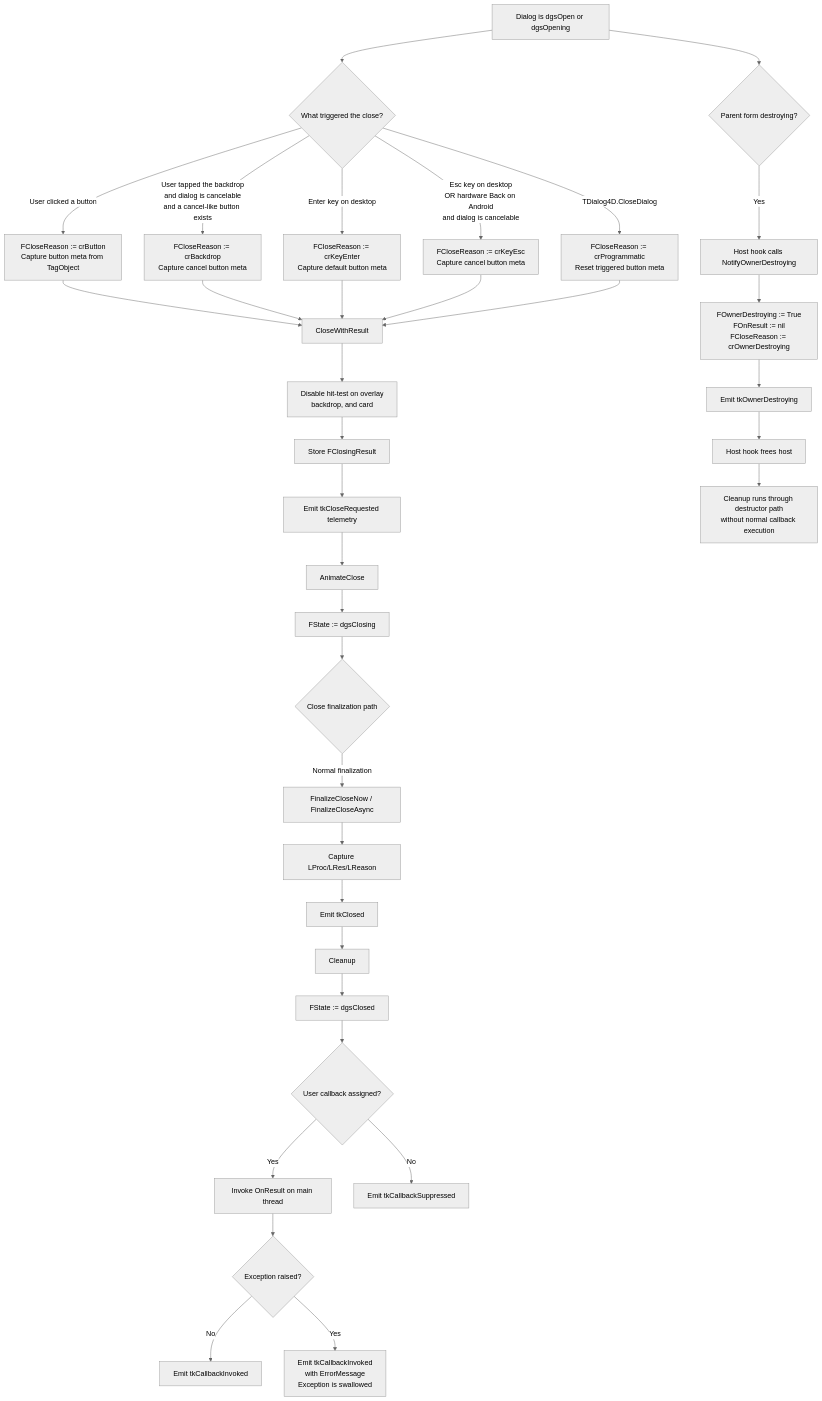
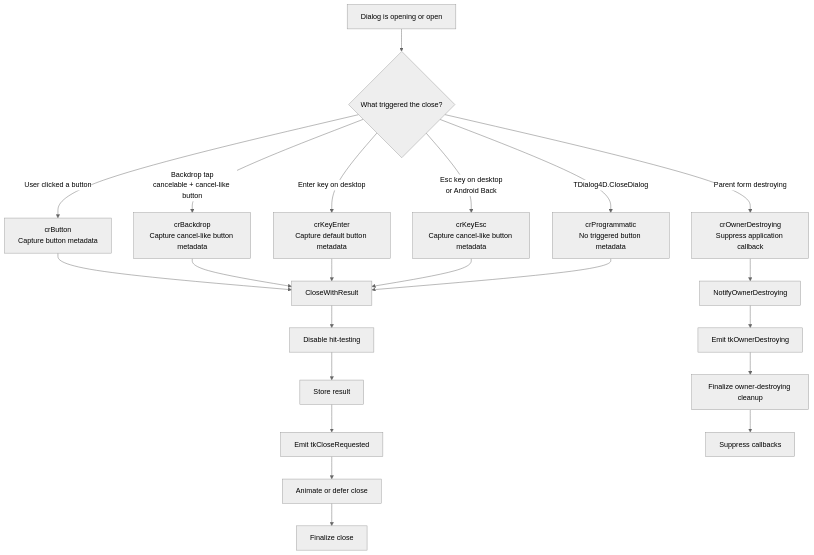
One commit to eduardoparaujo/Dialog4D changed the third of 7 diagrams in docs/Architecture.md. Above: the diagram before and after it, drawn with Mermaid (neutral theme). The commit also changed other lines of this file and 23 other files, not shown here.

````diff
--- a/docs/Architecture.md
+++ b/docs/Architecture.md
@@ -195,44 +338,28 @@
 ```mermaid
 flowchart TD
-    A[Dialog is dgsOpen or dgsOpening] --> B{What triggered the close?}
+    A[Dialog is opening or open] --> B{What triggered the close?}
 
-    B -->|User clicked a button| C[FCloseReason := crButton<br/>Capture button meta from TagObject]
-    B -->|User tapped the backdrop<br/>and dialog is cancelable<br/>and a cancel-like button exists| D[FCloseReason := crBackdrop<br/>Capture cancel button meta]
-    B -->|Enter key on desktop| E[FCloseReason := crKeyEnter<br/>Capture default button meta]
-    B -->|Esc key on desktop<br/>OR hardware Back on Android<br/>and dialog is cancelable| F[FCloseReason := crKeyEsc<br/>Capture cancel button meta]
-    B -->|TDialog4D.CloseDialog| G[FCloseReason := crProgrammatic<br/>Reset triggered button meta]
+    B -->|User clicked a button| C[crButton<br/>Capture button metadata]
+    B -->|Backdrop tap<br/>cancelable + cancel-like button| D[crBackdrop<br/>Capture cancel-like button metadata]
+    B -->|Enter key on desktop| E[crKeyEnter<br/>Capture default button metadata]
+    B -->|Esc key on desktop<br/>or Android Back| F[crKeyEsc<br/>Capture cancel-like button metadata]
+    B -->|TDialog4D.CloseDialog| G[crProgrammatic<br/>No triggered button metadata]
+    B -->|Parent form destroying| H[crOwnerDestroying<br/>Suppress application callback]
 
     C --> I[CloseWithResult]
     D --> I
     E --> I
     F --> I
     G --> I
 
-    I --> I1[Disable hit-test on overlay<br/>backdrop, and card]
-    I1 --> I2[Store FClosingResult]
-    I2 --> I3[Emit tkCloseRequested telemetry]
-    I3 --> I4[AnimateClose]
-    I4 --> I5[FState := dgsClosing]
+    I --> I1[Disable hit-testing]
+    I1 --> I2[Store result]
+    I2 --> I3[Emit tkCloseRequested]
+    I3 --> I4[Animate or defer close]
+    I4 --> I5[Finalize close]
 
-    I5 --> J{Close finalization path}
-    J -->|Normal finalization| K[FinalizeCloseNow / FinalizeCloseAsync]
-    K --> K1[Capture LProc/LRes/LReason]
-    K1 --> K2[Emit tkClosed]
-    K2 --> K3[Cleanup]
-    K3 --> K4[FState := dgsClosed]
-
-    K4 --> L{User callback assigned?}
-    L -->|Yes| M[Invoke OnResult on main thread]
-    L -->|No| N[Emit tkCallbackSuppressed]
-
-    M --> O{Exception raised?}
-    O -->|No| P[Emit tkCallbackInvoked]
-    O -->|Yes| Q[Emit tkCallbackInvoked<br/>with ErrorMessage<br/>Exception is swallowed]
-
-    A --> R{Parent form destroying?}
-    R -->|Yes| S[Host hook calls NotifyOwnerDestroying]
-    S --> T[FOwnerDestroying := True<br/>FOnResult := nil<br/>FCloseReason := crOwnerDestroying]
-    T --> U[Emit tkOwnerDestroying]
-    U --> V[Host hook frees host]
-    V --> W[Cleanup runs through destructor path<br/>without normal callback execution]
+    H --> H1[NotifyOwnerDestroying]
+    H1 --> H2[Emit tkOwnerDestroying]
+    H2 --> H3[Finalize owner-destroying cleanup]
+    H3 --> H4[Suppress callbacks]
 ```
````
